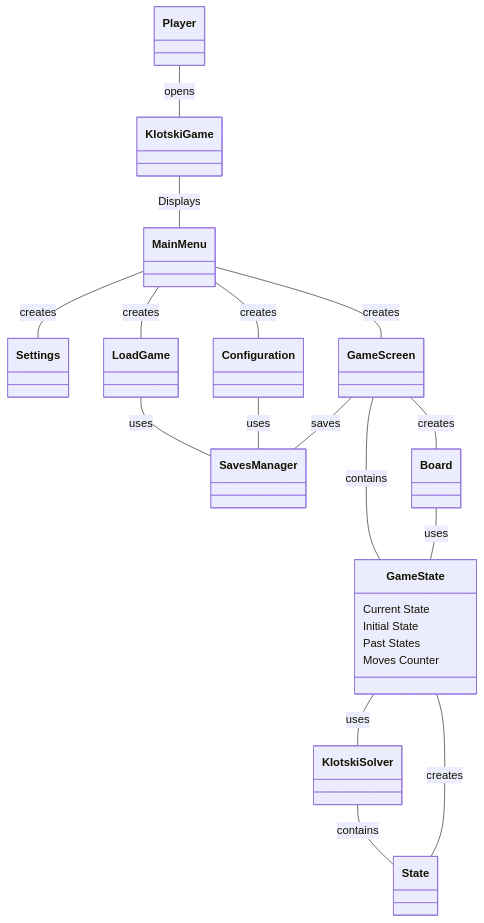
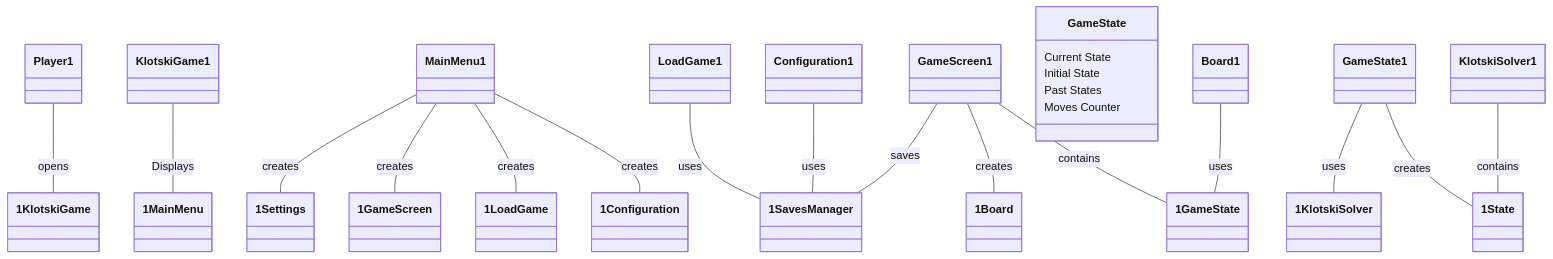
Before and after one commit to BIRSAx2/klotski: the diagram in docs/domain_model/index.md, drawn with Mermaid.

Commit message:
Added numeric relations in domain model

````diff
--- a/docs/domain_model/index.md
+++ b/docs/domain_model/index.md
@@ -10,35 +10,35 @@
 ```mermaid
 classDiagram
-    Player -- KlotskiGame: opens
+    Player 1--1 KlotskiGame: opens
     
-    KlotskiGame -- MainMenu: Displays
+    KlotskiGame 1--1 MainMenu: Displays
     
 
-    MainMenu -- Settings : creates
-    MainMenu -- GameScreen : creates
-    MainMenu -- LoadGame : creates
-    MainMenu -- Configuration : creates
+    MainMenu 1--1 Settings : creates
+    MainMenu 1--1 GameScreen : creates
+    MainMenu 1--1 LoadGame : creates
+    MainMenu 1--1 Configuration : creates
         
-    LoadGame --  SavesManager : uses
-    Configuration -- SavesManager :uses
-    GameScreen -- SavesManager : saves
+    LoadGame 1--1  SavesManager : uses
+    Configuration 1--1 SavesManager :uses
+    GameScreen 1--1 SavesManager : saves
     
     
-    GameScreen -- Board : creates
-    GameScreen -- GameState: contains
+    GameScreen 1--1 Board : creates
+    GameScreen 1--1 GameState: contains
     
 
     GameState: Current State
     GameState: Initial State
     GameState: Past States
     GameState: Moves Counter
     
-    GameState -- KlotskiSolver: uses
+    GameState 1--1 KlotskiSolver: uses
     
-    KlotskiSolver -- State: contains
+    KlotskiSolver 1--1 State: contains
     
-    GameState -- State: creates
+    GameState 1--1 State: creates
     
-    Board --  GameState: uses
+    Board 1--1  GameState: uses
 
 ```
````
